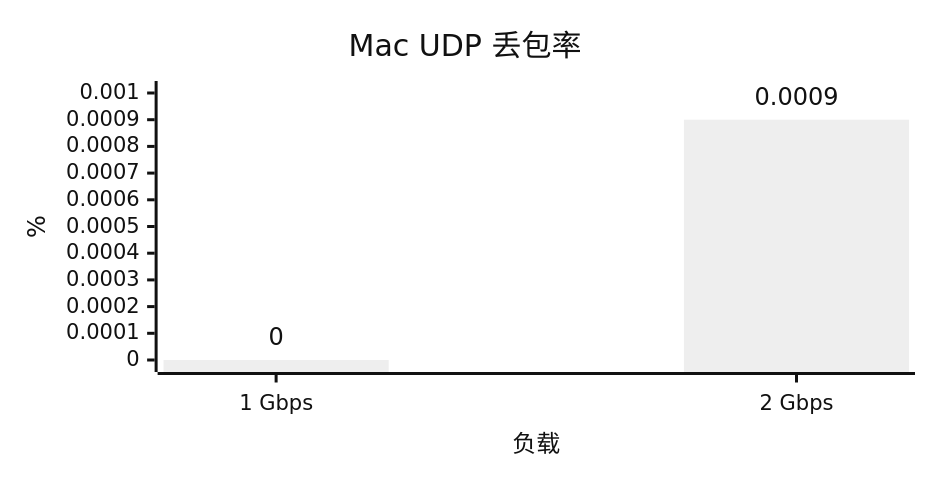
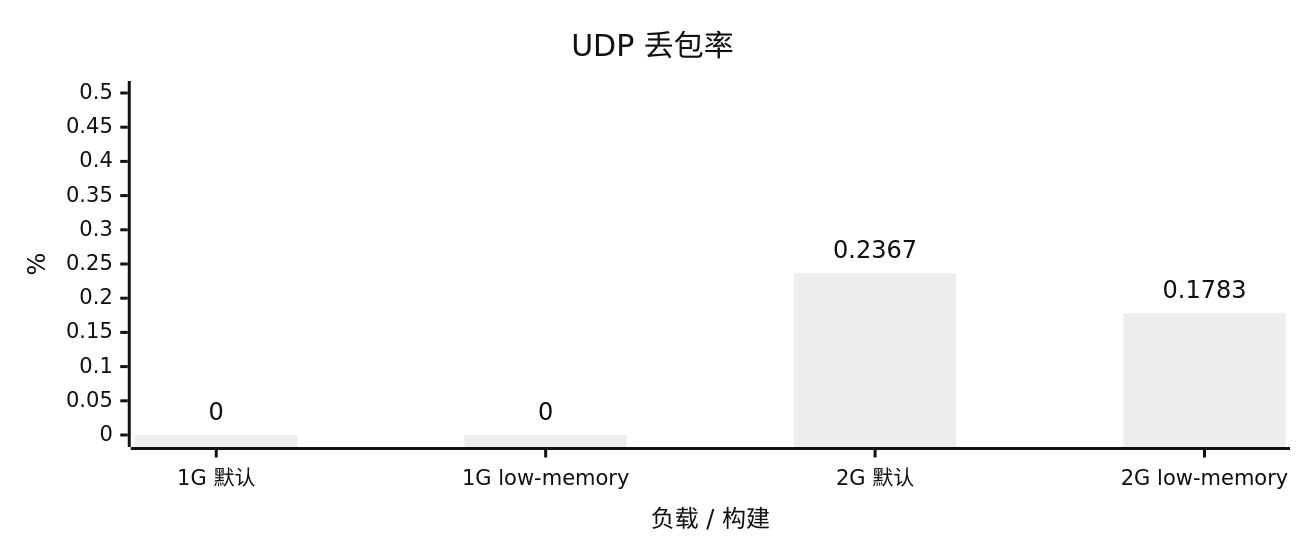
One commit to YuanDevTeam/Vole changed the fourth of 4 diagrams in docs/benchmark.md. Above: the diagram before and after it, drawn with Mermaid (neutral theme). The commit also changed other lines of this file and 1 other file, not shown here.

First line of the commit message:
docs: compare full Linux default and low-memory pressure

````diff
--- a/docs/benchmark.md
+++ b/docs/benchmark.md
@@ -153,15 +69,15 @@
 ```mermaid
 ---
 config:
   xyChart:
-    width: 600
-    height: 300
+    width: 850
+    height: 350
     showDataLabel: true
     showDataLabelOutsideBar: true
 ---
 xychart
-    title "Mac UDP 丢包率"
-    x-axis "负载" ["1 Gbps", "2 Gbps"]
-    y-axis "%" 0 --> 0.001
-    bar [0.0000, 0.0009]
+    title "UDP 丢包率"
+    x-axis "负载 / 构建" ["1G 默认", "1G low-memory", "2G 默认", "2G low-memory"]
+    y-axis "%" 0 --> 0.5
+    bar [0.0000, 0.0000, 0.2367, 0.1783]
 ```
````
